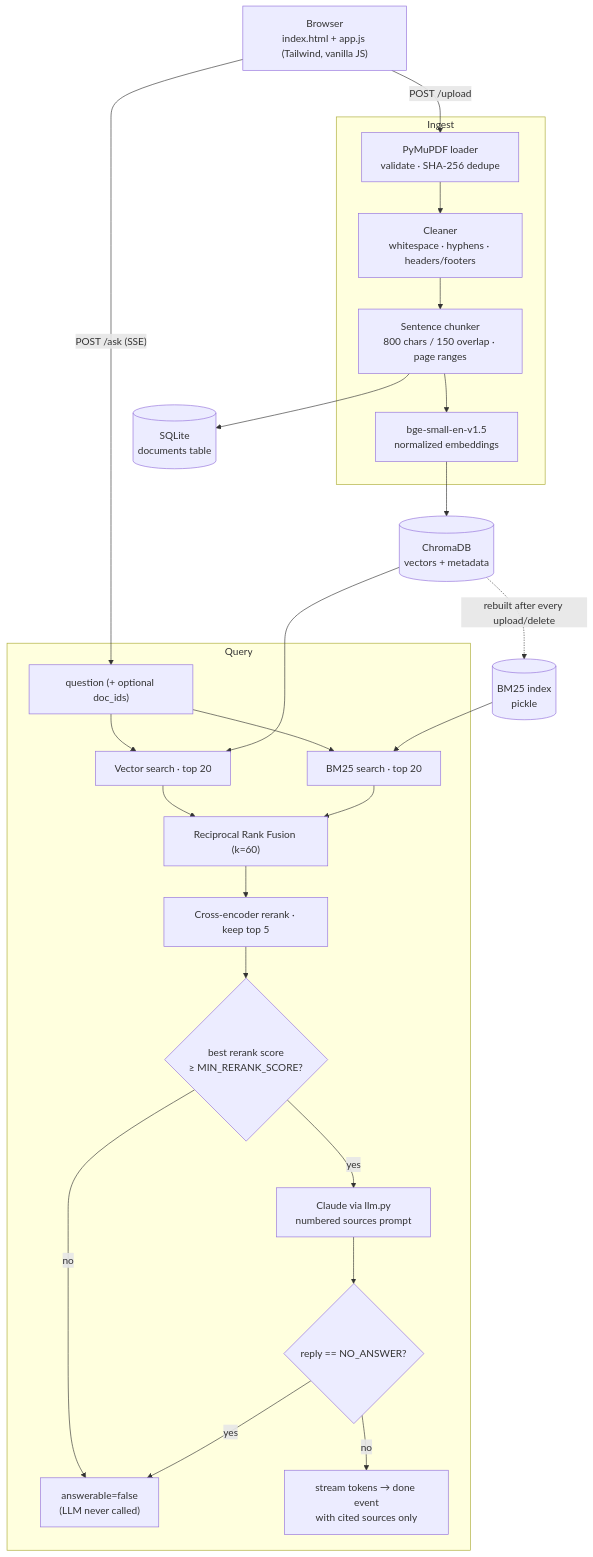
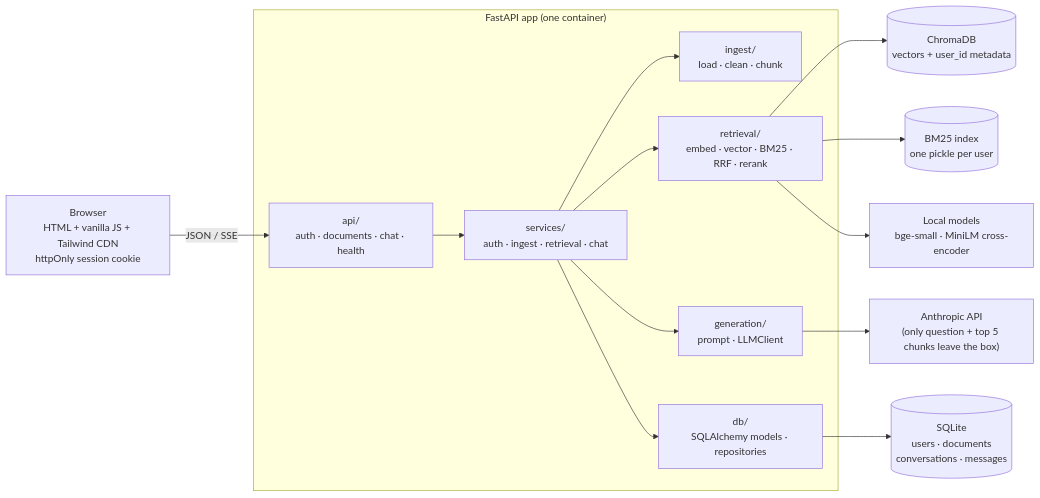
One commit to ChandanKarlekarV/rag-chat changed the diagram in README.md. Above: the diagram before and after it, drawn with Mermaid. The commit also changed other lines of this file and 4 other files, not shown here.

````diff
--- a/README.md
+++ b/README.md
@@ -31,33 +31,18 @@
 ```mermaid
-flowchart TD
-    UI["Browser<br/>index.html + app.js (Tailwind, vanilla JS)"]
-    UI -- "POST /upload" --> ING
-    UI -- "POST /ask (SSE)" --> Q
+flowchart LR
+    B["Browser<br/>HTML + vanilla JS + Tailwind CDN<br/>httpOnly session cookie"] -- "JSON / SSE" --> API
 
-    subgraph Ingest
-        ING["PyMuPDF loader<br/>validate · SHA-256 dedupe"] --> CLN["Cleaner<br/>whitespace · hyphens · headers/footers"]
-        CLN --> CHK["Sentence chunker<br/>800 chars / 150 overlap · page ranges"]
-        CHK --> EMB["bge-small-en-v1.5<br/>normalized embeddings"]
+    subgraph FastAPI["FastAPI app (one container)"]
+        API["api/<br/>auth · documents · chat · health"] --> SVC["services/<br/>auth · ingest · retrieval · chat"]
+        SVC --> ING["ingest/<br/>load · clean · chunk"]
+        SVC --> RET["retrieval/<br/>embed · vector · BM25 · RRF · rerank"]
+        SVC --> GEN["generation/<br/>prompt · LLMClient"]
+        SVC --> DB["db/<br/>SQLAlchemy models · repositories"]
     end
 
-    EMB --> CH[("ChromaDB<br/>vectors + metadata")]
-    CHK --> SQL[("SQLite<br/>documents table")]
-    CH -. "rebuilt after every upload/delete" .-> BM[("BM25 index<br/>pickle")]
-
-    subgraph Query
-        Q["question (+ optional doc_ids)"] --> VS["Vector search · top 20"]
-        Q --> KS["BM25 search · top 20"]
-        VS --> RRF["Reciprocal Rank Fusion (k=60)"]
-        KS --> RRF
-        RRF --> RR["Cross-encoder rerank · keep top 5"]
-        RR --> GATE{"best rerank score<br/>≥ MIN_RERANK_SCORE?"}
-        GATE -- no --> FB["answerable=false<br/>(LLM never called)"]
-        GATE -- yes --> LLM["Claude via llm.py<br/>numbered sources prompt"]
-        LLM --> NA{"reply == NO_ANSWER?"}
-        NA -- yes --> FB
-        NA -- no --> OUT["stream tokens → done event<br/>with cited sources only"]
-    end
-
-    CH --> VS
-    BM --> KS
+    DB --> SQL[("SQLite<br/>users · documents<br/>conversations · messages")]
+    RET --> CH[("ChromaDB<br/>vectors + user_id metadata")]
+    RET --> BM[("BM25 index<br/>one pickle per user")]
+    RET --> ML["Local models<br/>bge-small · MiniLM cross-encoder"]
+    GEN --> LLM["Anthropic API<br/>(only question + top 5 chunks leave the box)"]
 ```
````
